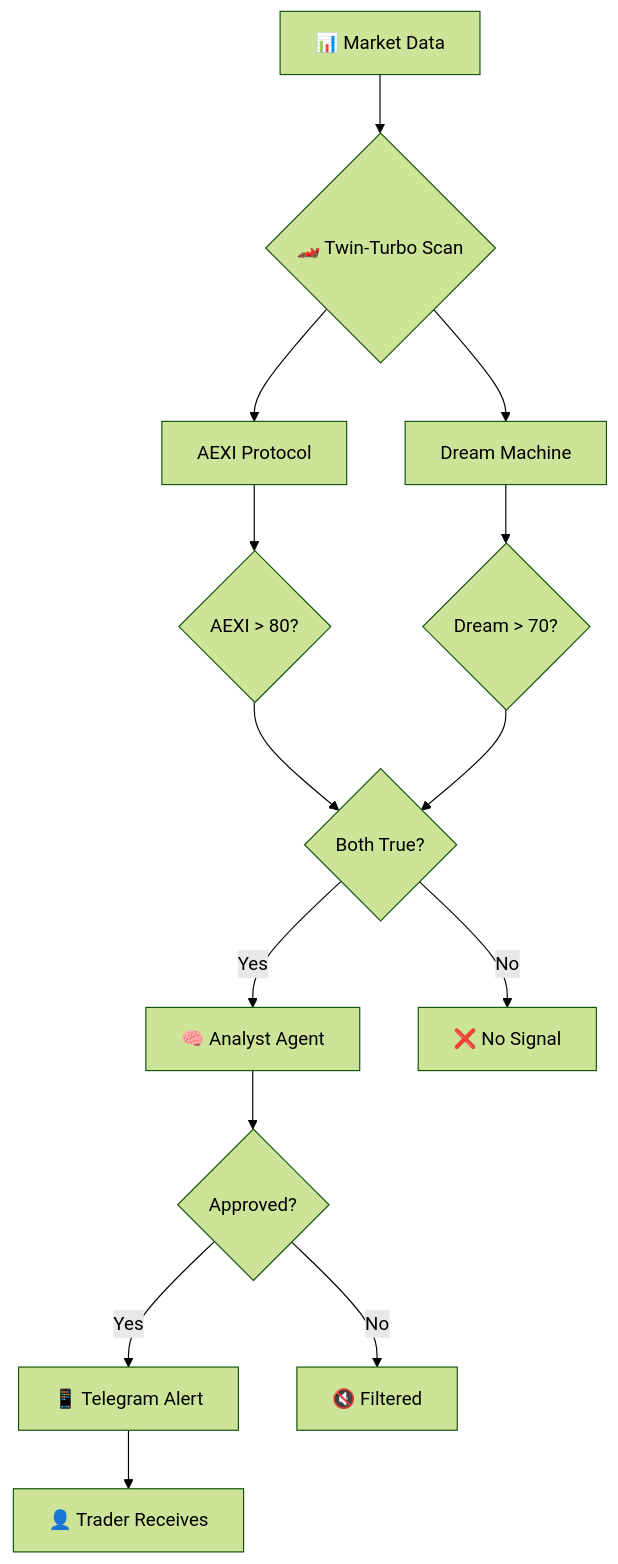
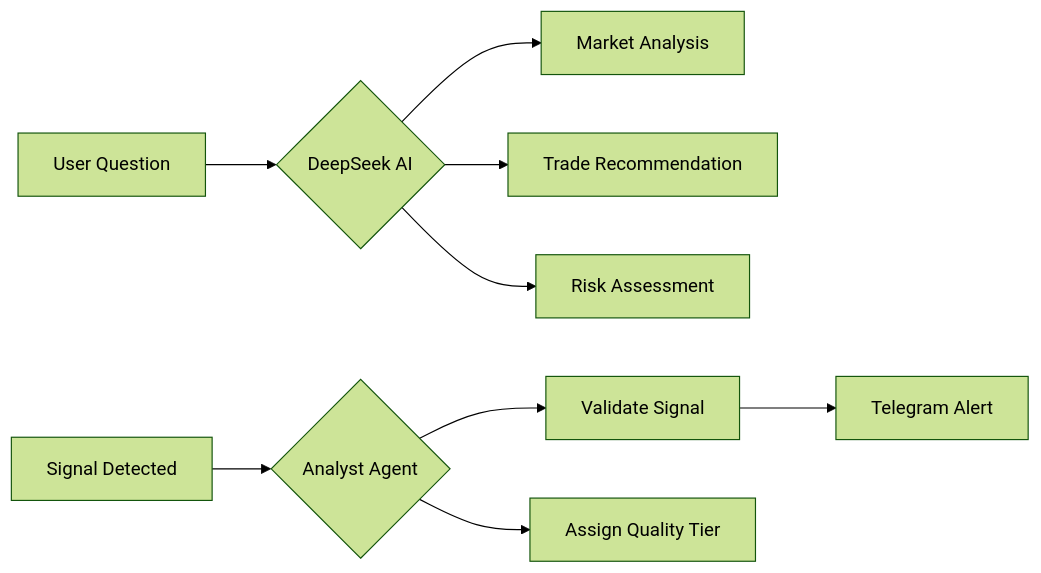
The diagram in README.md (Moeabdelaziz007/AlphaAxiom), drawn with Mermaid (forest theme) before and after one commit. The commit also changed other lines of this file, not shown here.

````diff
--- a/README.md
+++ b/README.md
@@ -96,16 +151,12 @@
 ```mermaid
-flowchart TD
-    A[📊 Market Data] --> B{🏎️ Twin-Turbo Scan}
-    B --> C[AEXI Protocol]
-    B --> D[Dream Machine]
-    C --> E{AEXI > 80?}
-    D --> F{Dream > 70?}
-    E --> G{Both True?}
-    F --> G
-    G -->|Yes| H[🧠 Analyst Agent]
-    G -->|No| I[❌ No Signal]
-    H --> J{Approved?}
-    J -->|Yes| K[📱 Telegram Alert]
-    J -->|No| L[🔇 Filtered]
-    K --> M[👤 Trader Receives]
+flowchart LR
+    A[User Question] --> B{DeepSeek AI}
+    B --> C[Market Analysis]
+    B --> D[Trade Recommendation]
+    B --> E[Risk Assessment]
+    
+    F[Signal Detected] --> G{Analyst Agent}
+    G --> H[Validate Signal]
+    G --> I[Assign Quality Tier]
+    H --> J[Telegram Alert]
 ```
````
